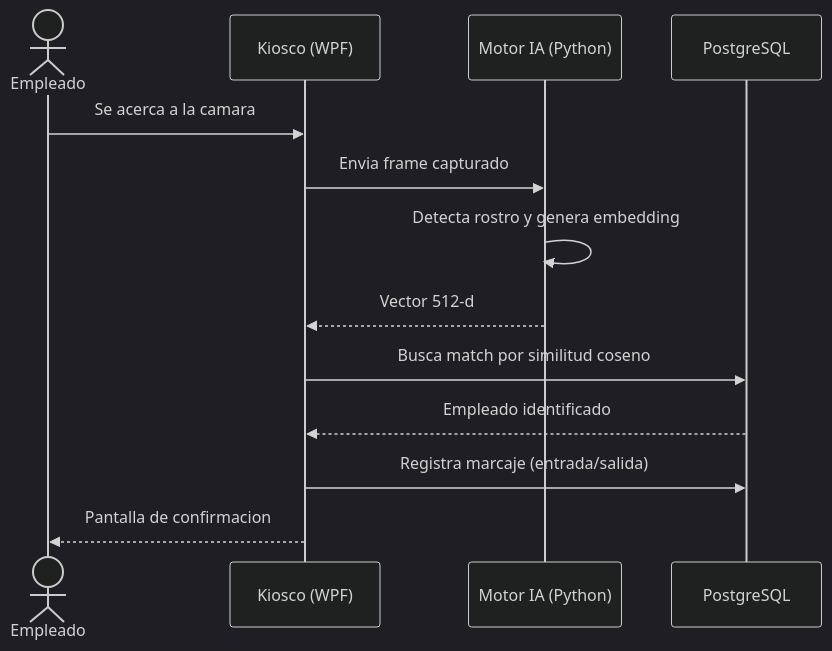
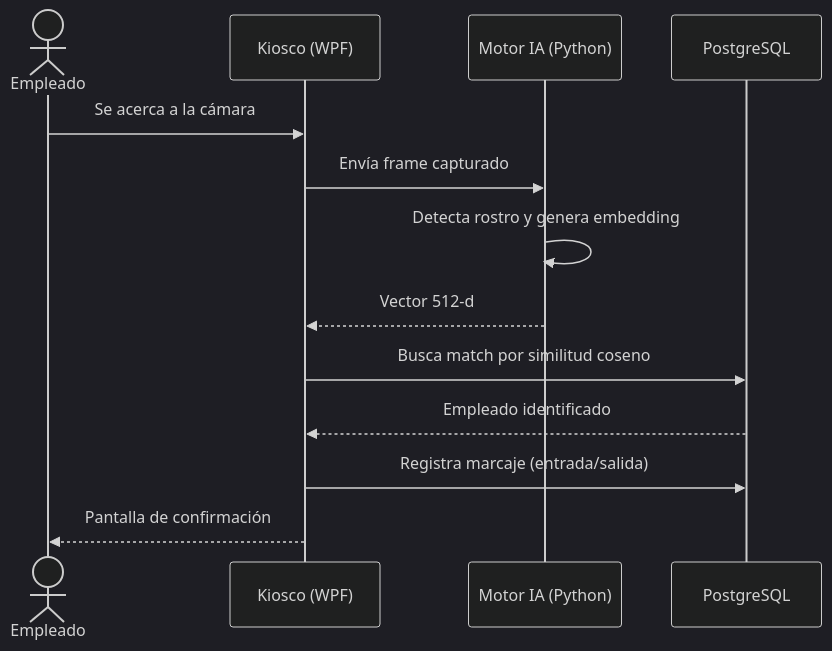
One commit to ramarstudio/RAMar_Repo changed the second of 2 diagrams in docs/ingenieria/diagramas.md. Above: the diagram before and after it, drawn with Mermaid (dark theme). The commit also changed other lines of this file and 14 other files, not shown here.

````diff
--- a/docs/ingenieria/diagramas.md
+++ b/docs/ingenieria/diagramas.md
@@ -38,16 +40,16 @@
 ```mermaid
 sequenceDiagram
     actor E as Empleado
     participant K as Kiosco (WPF)
     participant IA as Motor IA (Python)
     participant DB as PostgreSQL
 
-    E->>K: Se acerca a la camara
-    K->>IA: Envia frame capturado
+    E->>K: Se acerca a la cámara
+    K->>IA: Envía frame capturado
     IA->>IA: Detecta rostro y genera embedding
     IA-->>K: Vector 512-d
     K->>DB: Busca match por similitud coseno
     DB-->>K: Empleado identificado
     K->>DB: Registra marcaje (entrada/salida)
-    K-->>E: Pantalla de confirmacion
+    K-->>E: Pantalla de confirmación
 ```
````
